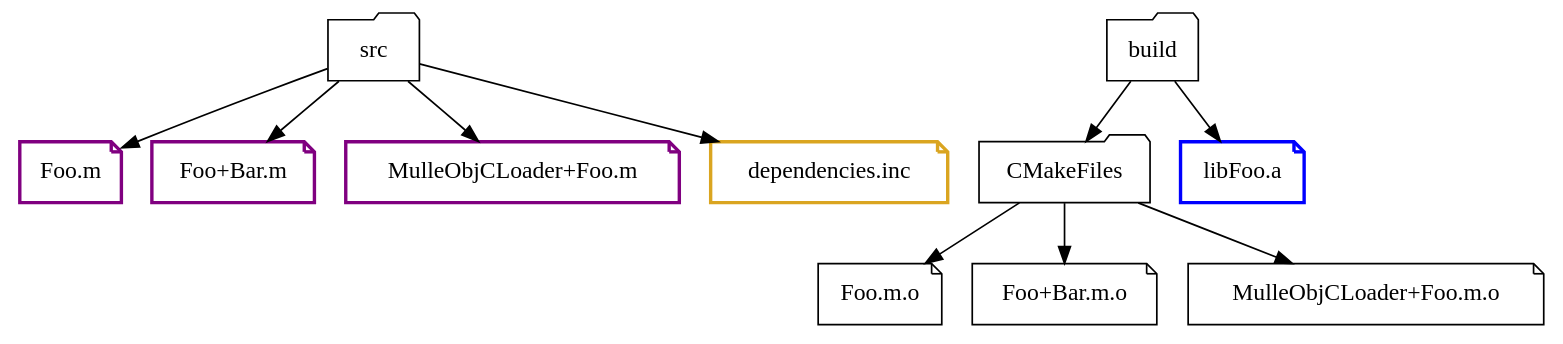
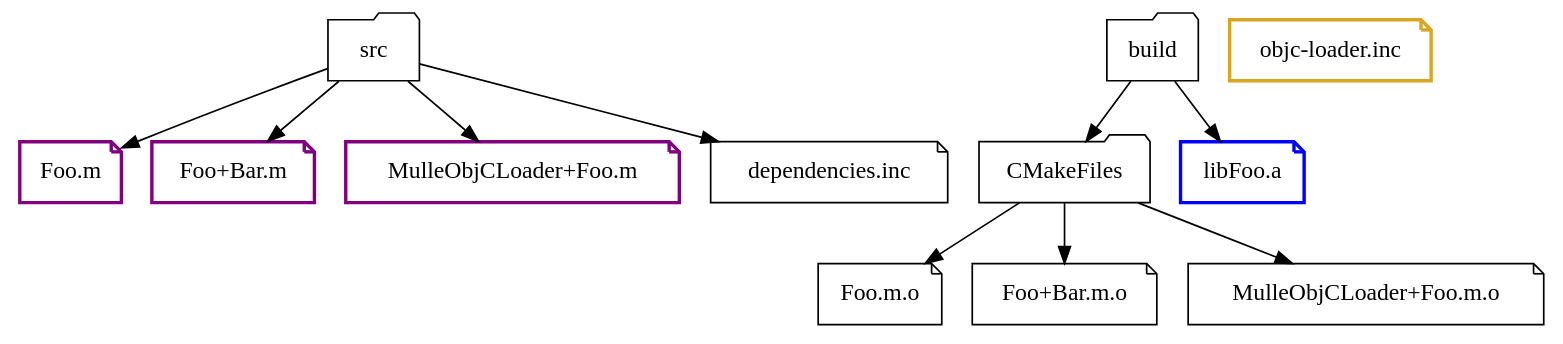
One commit to mulle-objc/mulle-objc-list changed the diagram in dox/opti_1.dot. Above: the diagram before and after it, drawn with Graphviz.

```diff
--- a/dox/opti_1.dot
+++ b/dox/opti_1.dot
@@ -1,24 +1,24 @@
 digraph optimizer {
 
    node [ shape="note"]
 
    "src" -> "Foo.m"
    "src" -> "Foo+Bar.m"
    "src" -> "MulleObjCLoader+Foo.m"
    "src" -> "dependencies.inc"
 
    "build" -> "CMakeFiles" -> "Foo.m.o"
    "CMakeFiles" -> "Foo+Bar.m.o"
    "CMakeFiles" -> "MulleObjCLoader+Foo.m.o"
    "build" -> "libFoo.a"
 
    src [ shape="folder"]
    build [ shape="folder"]
    CMakeFiles [ shape="folder"]
 
    "Foo.m"     [ penwidth=2, color="purple" ]
    "Foo+Bar.m" [ penwidth=2, color="purple" ]
    "MulleObjCLoader+Foo.m" [ penwidth=2, color="purple" ]
    "libFoo.a"     [ penwidth=2, color="blue"]
-   "dependencies.inc" [ penwidth=2, color="goldenrod"]
+   "objc-loader.inc" [ penwidth=2, color="goldenrod"]
 }
```
